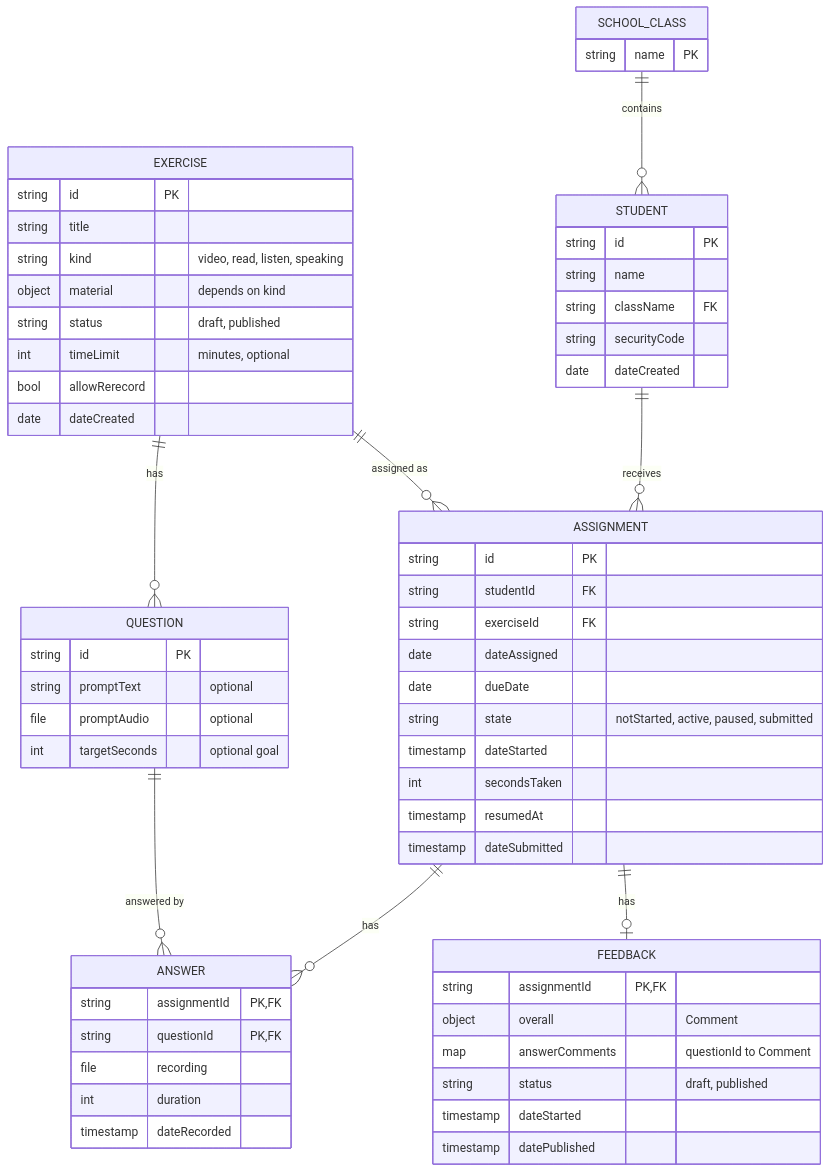
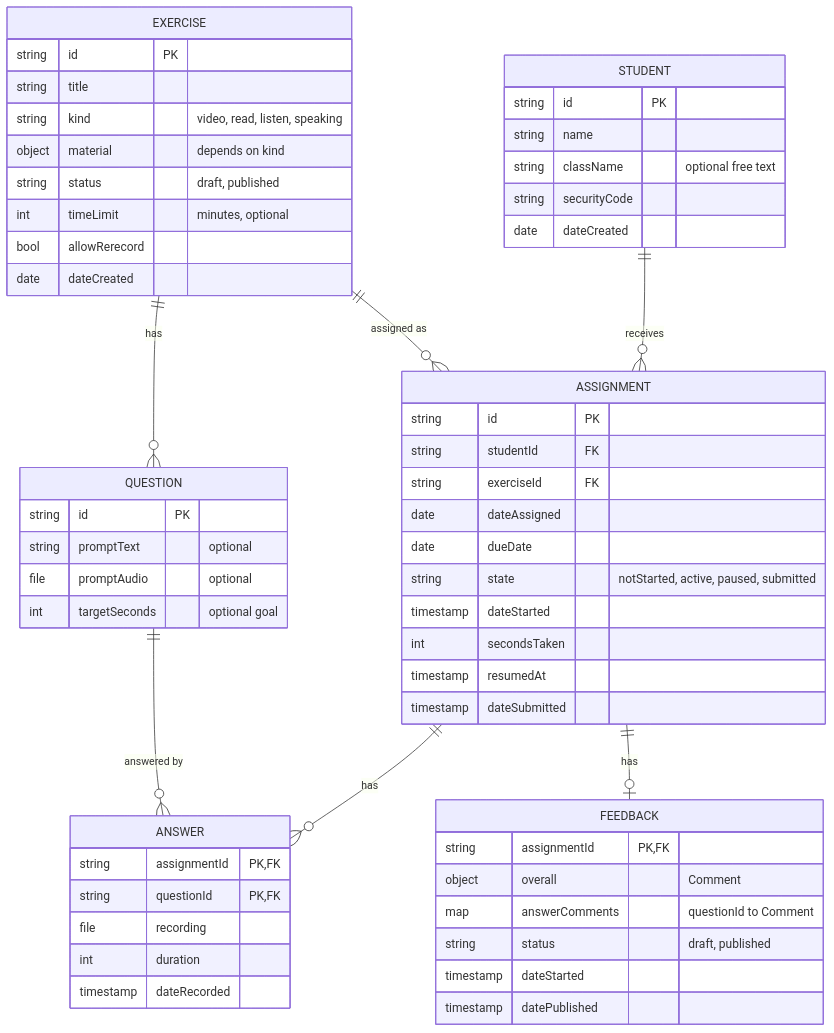
The diagram in docs/data-model.md (jmagaram/hamorahlimor-prototype), drawn with Mermaid before and after one commit. The commit also changed other lines of this file and 21 other files, not shown here.

First line of the commit message:
Rework navigation and make class free text on students (#5)

````diff
--- a/docs/data-model.md
+++ b/docs/data-model.md
@@ -5,63 +5,59 @@
 ```mermaid
 erDiagram
-  SCHOOL_CLASS ||--o{ STUDENT : contains
   STUDENT ||--o{ ASSIGNMENT : receives
   EXERCISE ||--o{ ASSIGNMENT : "assigned as"
   EXERCISE ||--o{ QUESTION : has
   ASSIGNMENT ||--o{ ANSWER : has
   QUESTION ||--o{ ANSWER : "answered by"
   ASSIGNMENT ||--o| FEEDBACK : has
-  SCHOOL_CLASS {
-    string name PK
-  }
   STUDENT {
     string id PK
     string name
-    string className FK
+    string className "optional free text"
     string securityCode
     date dateCreated
   }
   EXERCISE {
     string id PK
     string title
     string kind "video, read, listen, speaking"
     object material "depends on kind"
     string status "draft, published"
     int timeLimit "minutes, optional"
     bool allowRerecord
     date dateCreated
   }
   QUESTION {
     string id PK
     string promptText "optional"
     file promptAudio "optional"
     int targetSeconds "optional goal"
   }
   ASSIGNMENT {
     string id PK
     string studentId FK
     string exerciseId FK
     date dateAssigned
     date dueDate
     string state "notStarted, active, paused, submitted"
     timestamp dateStarted
     int secondsTaken
     timestamp resumedAt
     timestamp dateSubmitted
   }
   ANSWER {
     string assignmentId PK, FK
     string questionId PK, FK
     file recording
     int duration
     timestamp dateRecorded
   }
   FEEDBACK {
     string assignmentId PK, FK
     object overall "Comment"
     map answerComments "questionId to Comment"
     string status "draft, published"
     timestamp dateStarted
     timestamp datePublished
   }
 ```
````
